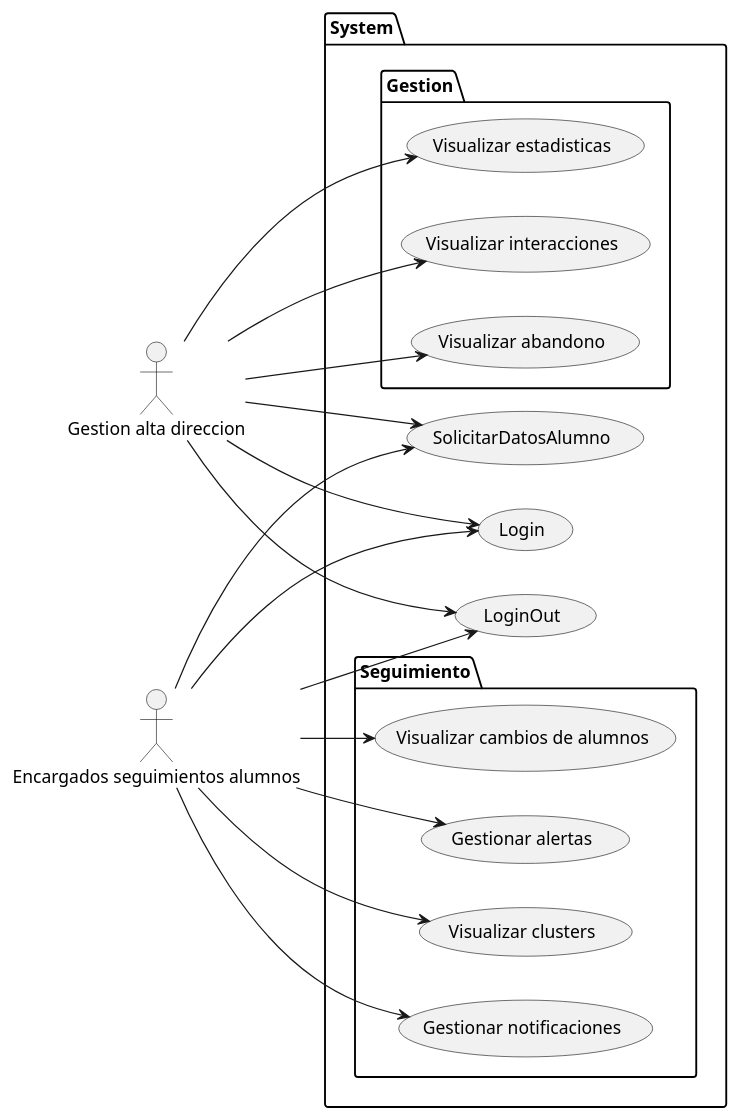
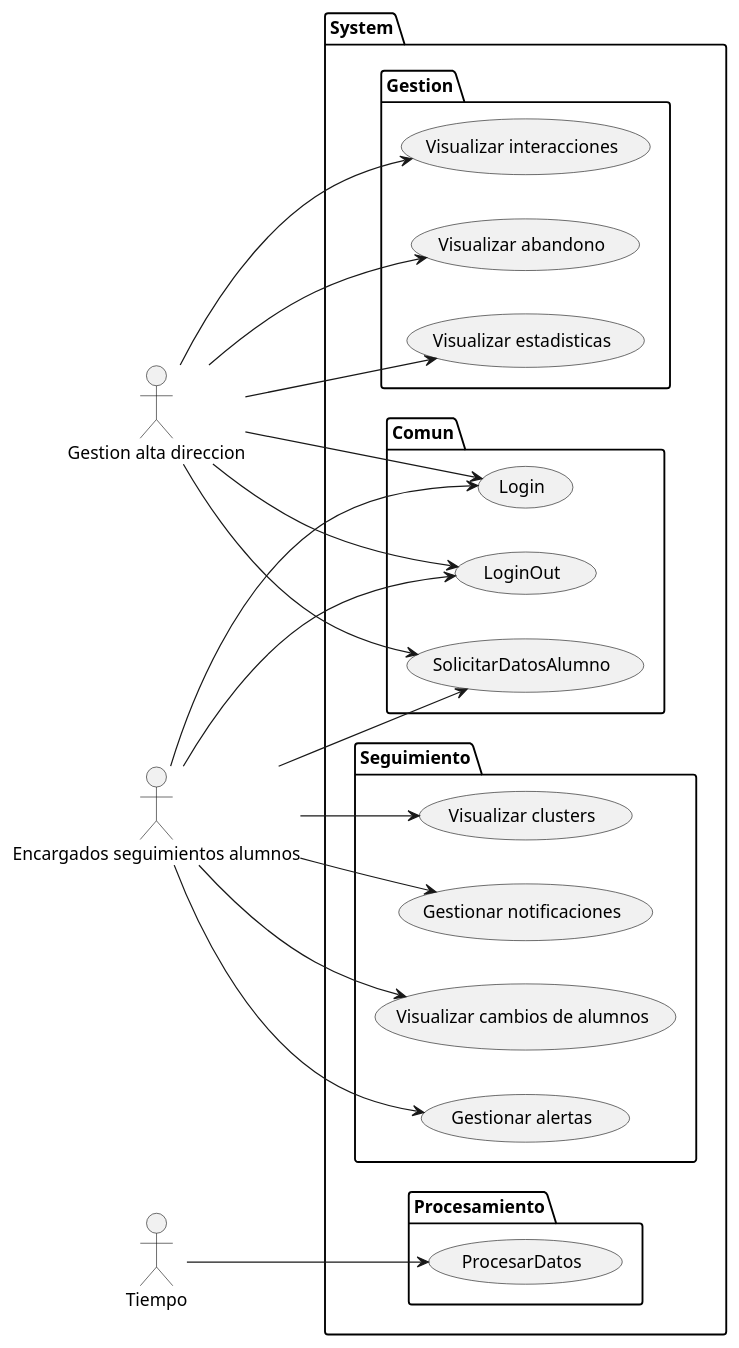
Before and after one commit to mmasias/IdSw1-22-23: the diagram in 000-entregas/Grupo1/Cdu.puml, drawn with PlantUML.

Commit message:
Cambio cdu

```diff
--- a/000-entregas/Grupo1/Cdu.puml
+++ b/000-entregas/Grupo1/Cdu.puml
@@ -1,42 +1,52 @@
 @startuml Casos de uso football
 left to right direction
 
+actor "Gestion alta direccion" as GAD
+actor "Encargados seguimientos alumnos"	as ESA
+
 package System {
-  usecase "Login" as Login
-  usecase "LoginOut" as LoginOut
-  usecase "SolicitarDatosAlumno" as SDA
 
   package Gestion {
     usecase "Visualizar abandono" as VA
     usecase "Visualizar estadisticas" as VE
     usecase "Visualizar interacciones" as VI
   }
   package Seguimiento {
     usecase "Visualizar cambios de alumnos" as VC
     usecase "Gestionar alertas" as GA
     usecase "Visualizar clusters" as VCL
     usecase "Gestionar notificaciones" as GN
   }
+
+  package Comun {
+    usecase "Login" as Login
+    usecase "LoginOut" as LoginOut
+    usecase "SolicitarDatosAlumno" as SDA
+  }
+  package Procesamiento {
+    usecase "ProcesarDatos" as PD
+  }
 }
 
-actor "Gestion alta direccion" as GAD
-actor "Encargados seguimientos alumnos"	as ESA
+actor "Tiempo" as Tiempo
 
 GAD --> (Login)
 ESA --> (Login)
 GAD --> (LoginOut)
 ESA --> (LoginOut)
 ESA --> (SDA)
 GAD --> (SDA)
 
 
 GAD --> (VA)
 GAD --> (VE)
 GAD --> (VI)
 
 ESA --> (VC)
 ESA --> (GA)
 ESA --> (VCL)
 ESA --> (GN)
 
+Tiempo --> PD
+
 @enduml
```
